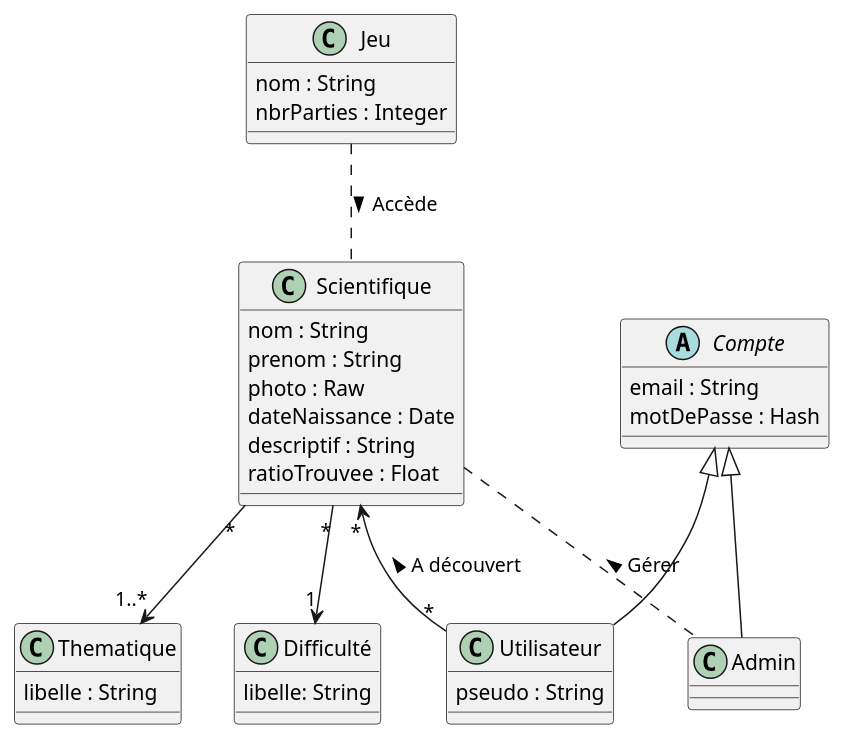
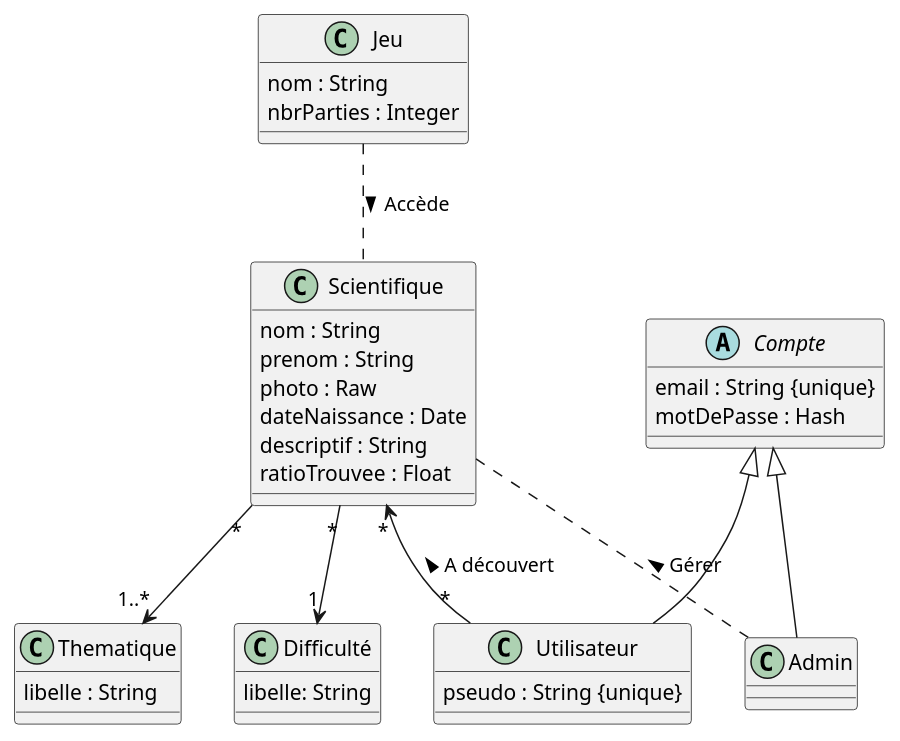
Before and after one commit to JdAlix/ScienceQuest: the diagram in project/Docs/classe/classDiagram.md, drawn with PlantUML. The commit also changed 2 other files, not shown here.

Commit message:
ajout contraintes unique

````diff
--- a/project/Docs/classe/classDiagram.md
+++ b/project/Docs/classe/classDiagram.md
@@ -1,53 +1,53 @@
 ```plantuml 
 
 @startuml "BDD"
 
 class Scientifique{
     nom : String
     prenom : String
     photo : Raw
     dateNaissance : Date
     descriptif : String
     ratioTrouvee : Float
 }
 
 class Thematique{
     libelle : String
 }
 
 class "Difficulté"{
     libelle: String
 }
 
 Scientifique "*" --> "1..*" Thematique
 Scientifique "*" --> "1" "Difficulté"
 Scientifique "*" <-- "*"Utilisateur : A découvert <
 Scientifique .. Admin : Gérer <
 
 
 abstract Compte{
-    email : String
+    email : String {unique}
     motDePasse : Hash
 }
 
 class Utilisateur{
-    pseudo : String
+    pseudo : String {unique}
 }
 
 class Admin{
 
 }
 
 Compte <|-- Utilisateur
 Compte <|-- Admin
 
 
 class Jeu{
     nom : String
     nbrParties : Integer
 }
 
 Jeu .. Scientifique  : Accède >
 
 @enduml
 ```
````
